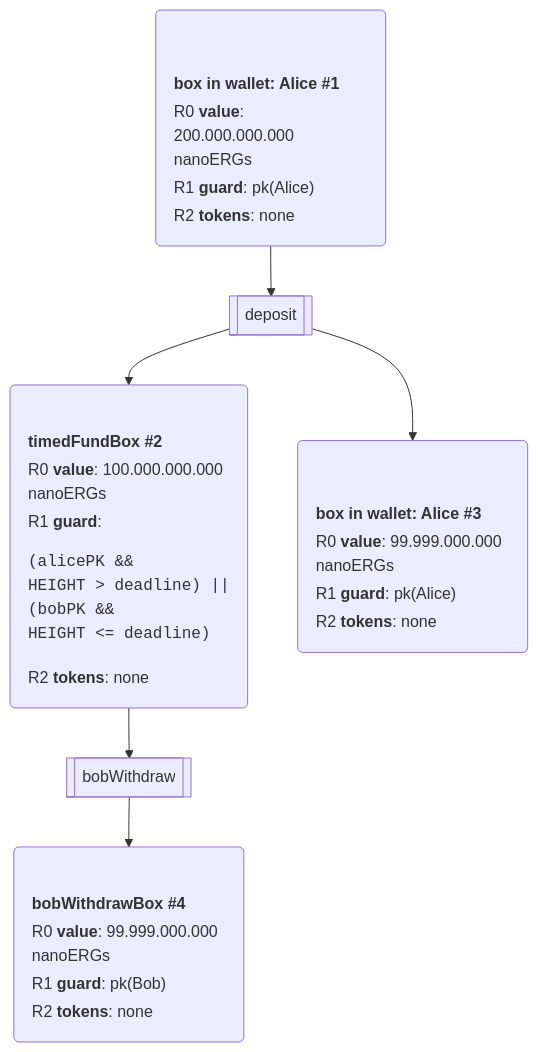
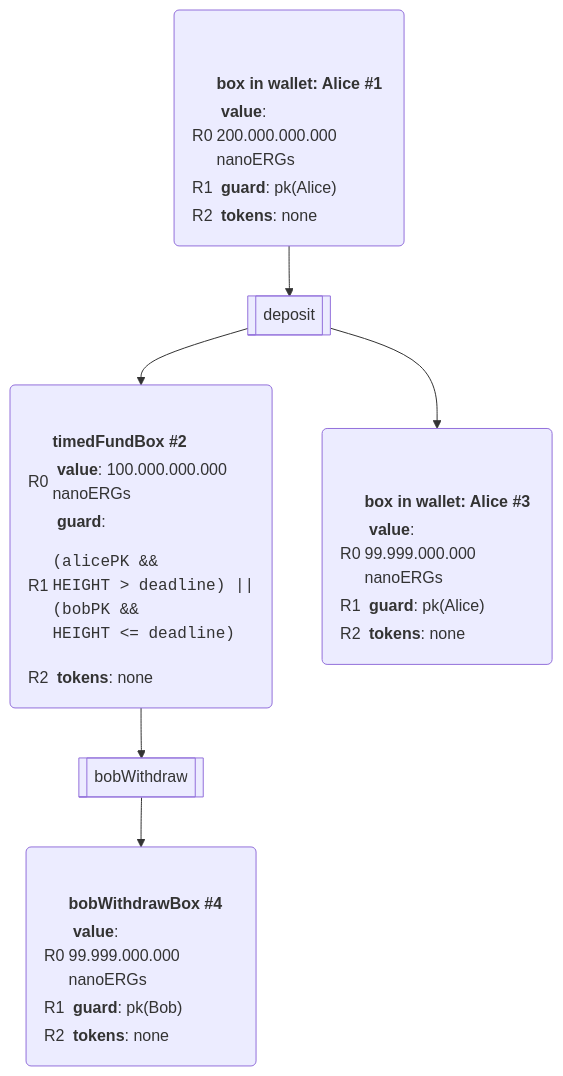
Before and after one commit to RalfWeiss/ergo-course-summary: the diagram in ergoscript/example-contracts/timedFund.md, drawn with Mermaid. The commit also changed 3 other files, not shown here.

Commit message:
timedFund finished

````diff
--- a/ergoscript/example-contracts/timedFund.md
+++ b/ergoscript/example-contracts/timedFund.md
@@ -5,48 +5,48 @@
 ```mermaid
 flowchart TD
 
   %% adjust margin-top: lines = 5; margin-top -12ex --> (lines-1) * 3 ex
   box1("<table style='text-align:left; margin-top: -9ex; margin-bottom: 0;' > 
-    <tr><th><b>box in wallet: Alice #1</b></th></tr> 
-    <tr><td>R0 <b>value</b>: 200.000.000.000 nanoERGs</td></tr>     
-    <tr><td>R1 <b>guard</b>: pk(Alice)</td></tr> 
-    <tr><td>R2 <b>tokens</b>: none</td></tr> 
+    <tr><th></th><th><b>box in wallet: Alice #1</b></th></tr> 
+    <tr><td>R0</td><td> <b>value</b>: 200.000.000.000 nanoERGs</td></tr>     
+    <tr><td>R1</td><td> <b>guard</b>: pk(Alice)</td></tr> 
+    <tr><td>R2</td><td> <b>tokens</b>: none</td></tr> 
     </table>")
 
   %% adjust margin-top: lines = 5; margin-top -12ex --> (lines-1) * 3 ex
   box2("<table style='text-align:left; margin-top: -11ex; margin-bottom: 0;' > 
-    <tr><th><b>timedFundBox #2</b></th></tr> 
-    <tr><td >R0 <b>value</b>: 100.000.000.000 nanoERGs</td></tr> 
-    <tr><td >R1 <b>guard</b>: <br/><pre>(alicePK && 
+    <tr><th></th><th><b>timedFundBox #2</b></th></tr> 
+    <tr><td>R0</td><td> <b>value</b>: 100.000.000.000 nanoERGs</td></tr> 
+    <tr><td>R1</td><td> <b>guard</b>: <br/><pre>(alicePK && 
 HEIGHT > deadline) ||
 (bobPK && 
 HEIGHT <= deadline)</pre></td></tr> 
-    <tr><td>R2 <b>tokens</b>: none</td></tr> 
+    <tr><td>R2</td><td> <b>tokens</b>: none</td></tr> 
     </table>  ")
 
   box3("<table style='text-align:left; margin-top: -9ex; margin-bottom: 0;' > 
-    <tr><th><b>box in wallet: Alice #3</b></th></tr> 
-    <tr><td>R0 <b>value</b>: 99.999.000.000 nanoERGs</td></tr>     
-    <tr><td>R1 <b>guard</b>: pk(Alice)</td></tr> 
-    <tr><td>R2 <b>tokens</b>: none</td></tr> 
+    <tr><th></th><th><b>box in wallet: Alice #3</b></th></tr> 
+    <tr><td>R0</td><td> <b>value</b>: 99.999.000.000 nanoERGs</td></tr>     
+    <tr><td>R1</td><td> <b>guard</b>: pk(Alice)</td></tr> 
+    <tr><td>R2</td><td> <b>tokens</b>: none</td></tr> 
     </table>")
 
   %% adjust margin-top: lines = 5; margin-top -12ex --> (lines-1) * 3 ex
   box4("<table style='text-align:left; margin-top: -11ex; margin-bottom: 0;' > 
-    <tr><th><b>bobWithdrawBox #4</b></th></tr> 
-    <tr><td>R0 <b>value</b>: 99.999.000.000 nanoERGs</td></tr> 
-    <tr><td>R1 <b>guard</b>: pk(Bob)</td></tr> 
-    <tr><td>R2 <b>tokens</b>: none</td></tr>     
+    <tr><th></th><th><b>bobWithdrawBox #4</b></th></tr> 
+    <tr><td>R0</td><td> <b>value</b>: 99.999.000.000 nanoERGs</td></tr> 
+    <tr><td>R1</td><td> <b>guard</b>: pk(Bob)</td></tr> 
+    <tr><td>R2</td><td> <b>tokens</b>: none</td></tr>     
     </table>  ")
 
 
   Tx1[["deposit"]]
   Tx2[["bobWithdraw"]]
 
 
   box1 --> Tx1
   Tx1 --> box2
   Tx1 --> box3
   box2 --> Tx2 --> box4
 
 ```
````
